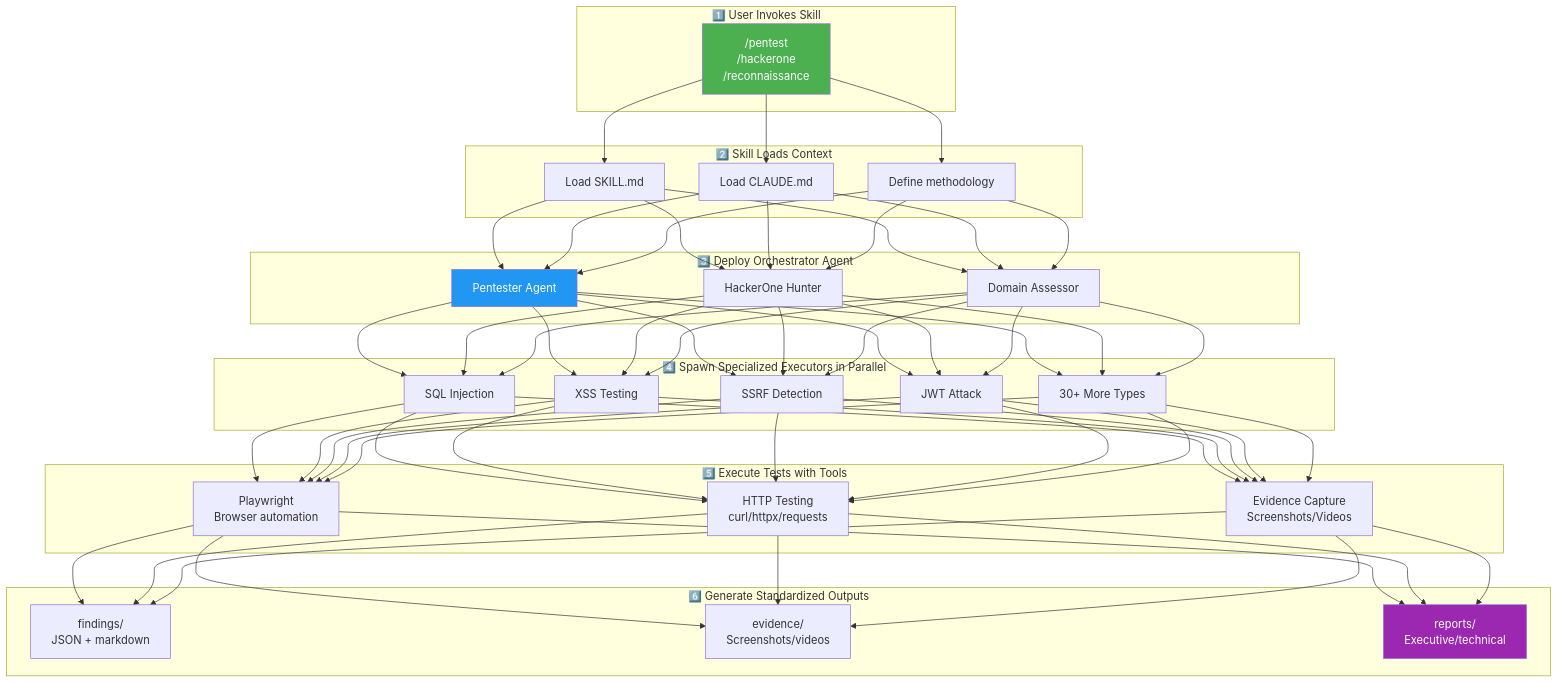
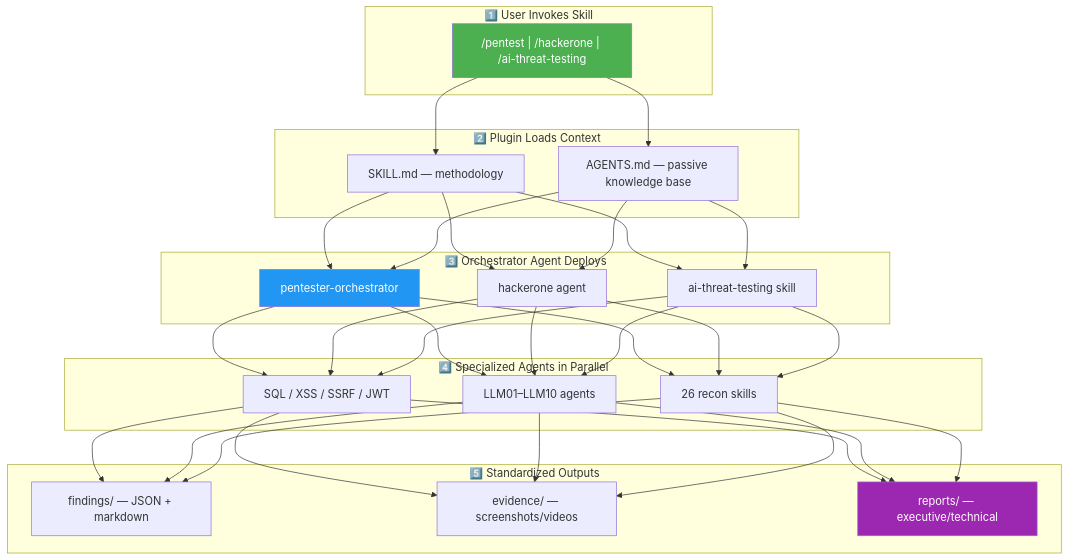
Before and after one commit to l0h1nth/communitytools: the second of 2 diagrams in README.md, drawn with Mermaid. The commit also changed other lines of this file, not shown here.

First line of the commit message:
docs(readme): rewrite to reflect multi-plugin marketplace structure

````diff
--- a/README.md
+++ b/README.md
@@ -583,48 +321,38 @@
 ```mermaid
 flowchart TB
     subgraph "1️⃣ User Invokes Skill"
-        A["/pentest<br/>/hackerone<br/>/reconnaissance"]
+        A["/pentest | /hackerone | /ai-threat-testing"]
     end
 
-    subgraph "2️⃣ Skill Loads Context"
-        B1[Load SKILL.md]
-        B2[Load CLAUDE.md]
-        B3[Define methodology]
+    subgraph "2️⃣ Plugin Loads Context"
+        B1[SKILL.md — methodology]
+        B2[AGENTS.md — passive knowledge base]
     end
 
-    subgraph "3️⃣ Deploy Orchestrator Agent"
-        C1[Pentester Agent]
-        C2[HackerOne Hunter]
-        C3[Domain Assessor]
+    subgraph "3️⃣ Orchestrator Agent Deploys"
+        C1[pentester-orchestrator]
+        C2[hackerone agent]
+        C3[ai-threat-testing skill]
     end
 
-    subgraph "4️⃣ Spawn Specialized Executors in Parallel"
-        D1[SQL Injection]
-        D2[XSS Testing]
-        D3[SSRF Detection]
-        D4[JWT Attack]
-        D5[30+ More Types]
+    subgraph "4️⃣ Specialized Agents in Parallel"
+        D1[SQL / XSS / SSRF / JWT]
+        D2[LLM01–LLM10 agents]
+        D3[26 recon skills]
     end
 
-    subgraph "5️⃣ Execute Tests with Tools"
-        E1[Playwright<br/>Browser automation]
-        E2[HTTP Testing<br/>curl/httpx/requests]
-        E3[Evidence Capture<br/>Screenshots/Videos]
+    subgraph "5️⃣ Standardized Outputs"
+        F1[findings/ — JSON + markdown]
+        F2[evidence/ — screenshots/videos]
+        F3[reports/ — executive/technical]
     end
 
-    subgraph "6️⃣ Generate Standardized Outputs"
-        F1[findings/<br/>JSON + markdown]
-        F2[evidence/<br/>Screenshots/videos]
-        F3[reports/<br/>Executive/technical]
-    end
-
-    A --> B1 & B2 & B3
-    B1 & B2 & B3 --> C1 & C2 & C3
-    C1 & C2 & C3 --> D1 & D2 & D3 & D4 & D5
-    D1 & D2 & D3 & D4 & D5 --> E1 & E2 & E3
-    E1 & E2 & E3 --> F1 & F2 & F3
+    A --> B1 & B2
+    B1 & B2 --> C1 & C2 & C3
+    C1 & C2 & C3 --> D1 & D2 & D3
+    D1 & D2 & D3 --> F1 & F2 & F3
 
     style A fill:#4CAF50,color:#fff
     style C1 fill:#2196F3,color:#fff
     style F3 fill:#9C27B0,color:#fff
 ```
````
